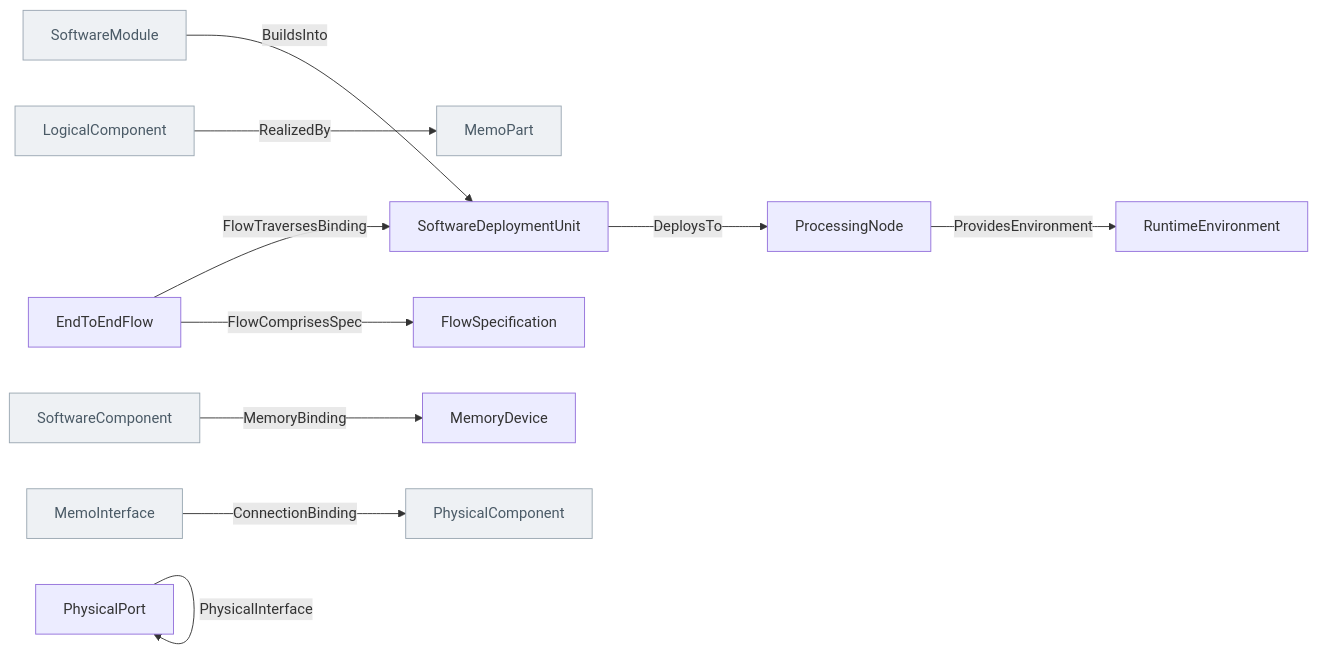
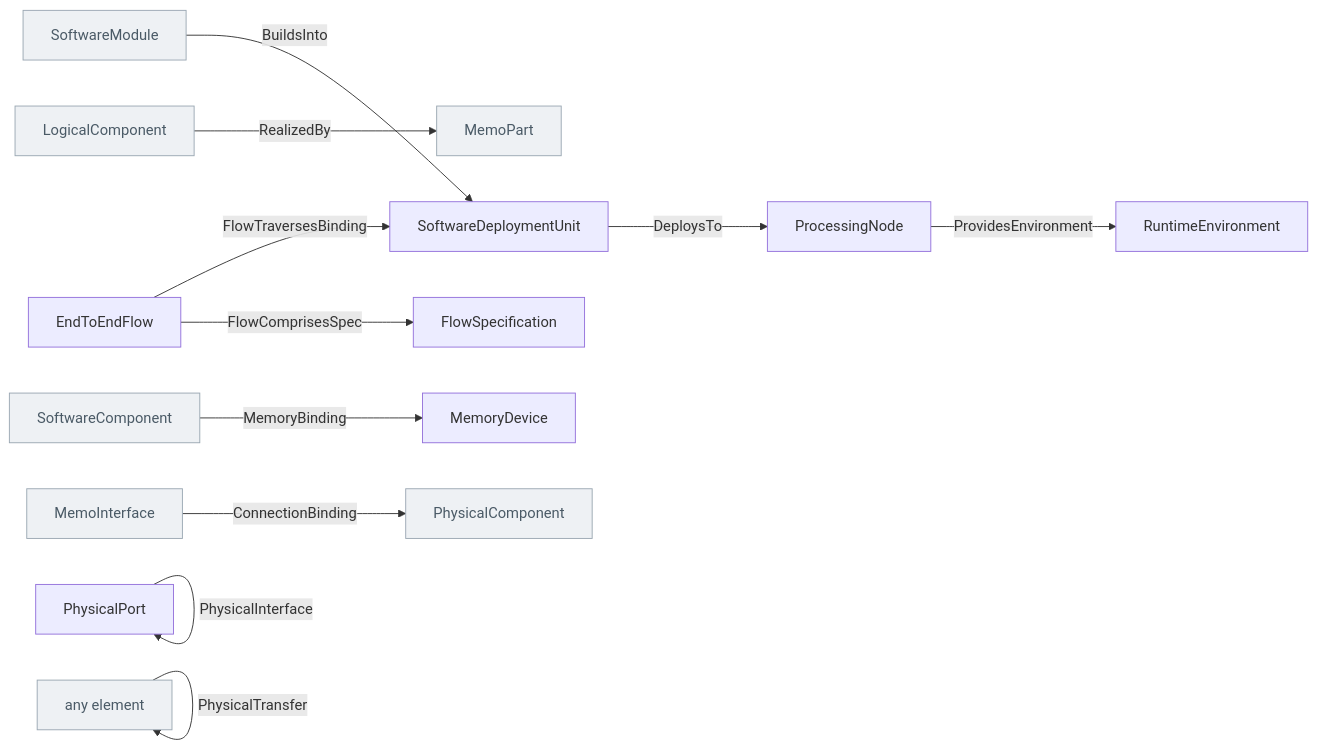
The diagram in docs/ontology/_generated/realization.md (memoarchitect/memo), drawn with Mermaid before and after one commit. The commit also changed other lines of this file and 15 other files, not shown here.

First line of the commit message:
Concrete flow defs per family; the examples' flows are typed by them

````diff
--- a/docs/ontology/_generated/realization.md
+++ b/docs/ontology/_generated/realization.md
@@ -27,26 +27,28 @@
 ```mermaid
 flowchart LR
   SoftwareModule["SoftwareModule"]:::other
   SoftwareDeploymentUnit["SoftwareDeploymentUnit"]
   LogicalComponent["LogicalComponent"]:::other
   MemoPart["MemoPart"]:::other
   ProcessingNode["ProcessingNode"]
   RuntimeEnvironment["RuntimeEnvironment"]
   SoftwareComponent["SoftwareComponent"]:::other
   MemoryDevice["MemoryDevice"]
   MemoInterface["MemoInterface"]:::other
   PhysicalComponent["PhysicalComponent"]:::other
   EndToEndFlow["EndToEndFlow"]
   FlowSpecification["FlowSpecification"]
   PhysicalPort["PhysicalPort"]
+  anyElement["any element"]:::other
   SoftwareModule -->|BuildsInto| SoftwareDeploymentUnit
   LogicalComponent -->|RealizedBy| MemoPart
   SoftwareDeploymentUnit -->|DeploysTo| ProcessingNode
   ProcessingNode -->|ProvidesEnvironment| RuntimeEnvironment
   SoftwareComponent -->|MemoryBinding| MemoryDevice
   MemoInterface -->|ConnectionBinding| PhysicalComponent
   EndToEndFlow -->|FlowComprisesSpec| FlowSpecification
   EndToEndFlow -->|FlowTraversesBinding| SoftwareDeploymentUnit
   PhysicalPort -->|PhysicalInterface| PhysicalPort
+  anyElement -->|PhysicalTransfer| anyElement
   classDef other fill:#eef1f4,stroke:#9aa7b2,color:#4a5a66
 ```
````
